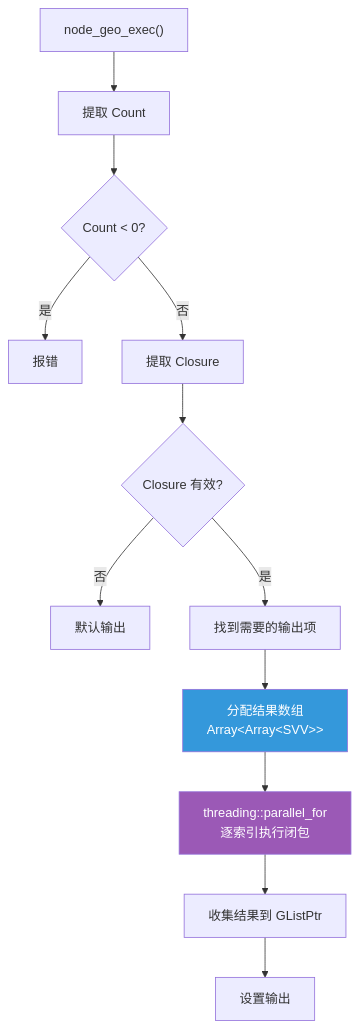
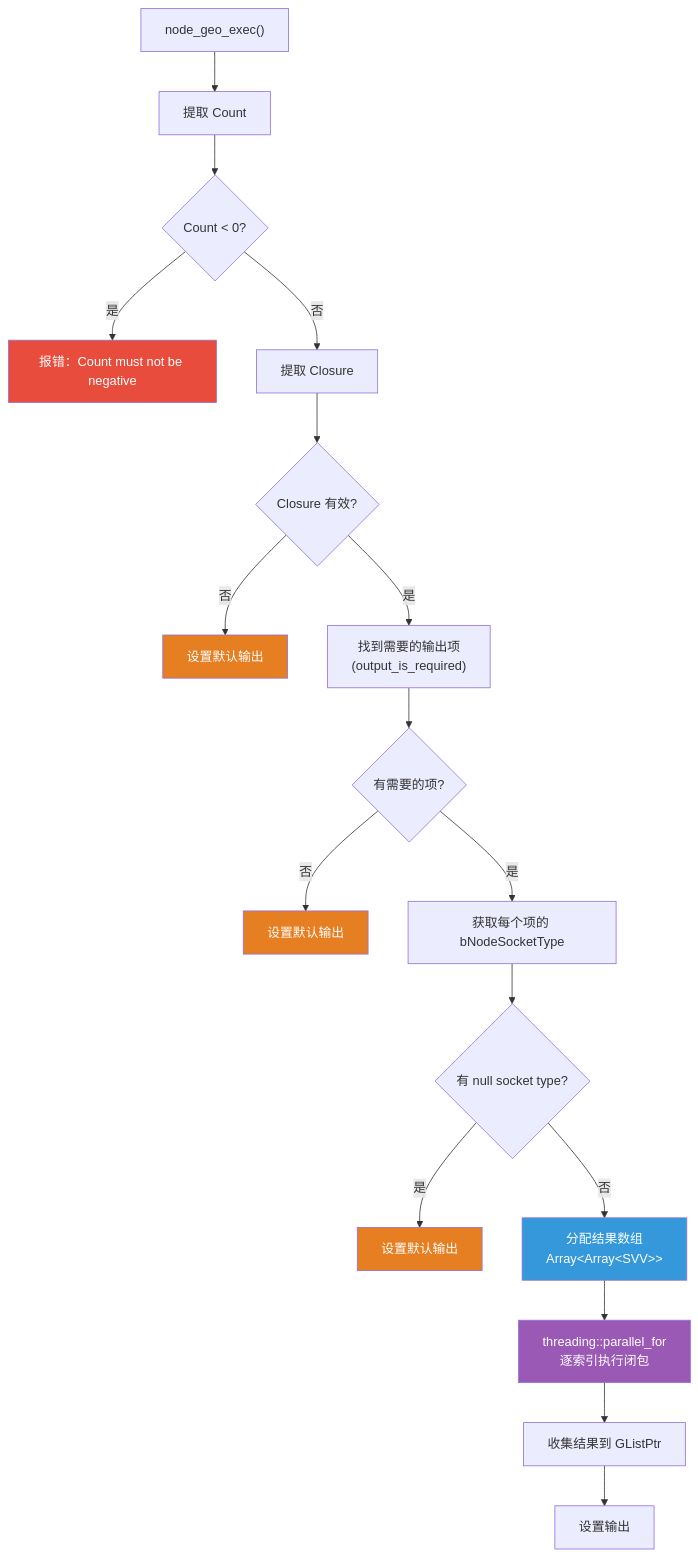
Before and after one commit to yunkezengren/blender-.vscode: diagram 11 of 34 in 杂/markdown/几何节点-列表/09-ClosureToList节点.md, drawn with Mermaid. The commit also changed other lines of this file and 13 other files, not shown here.

````diff
--- a/杂/markdown/几何节点-列表/09-ClosureToList节点.md
+++ b/杂/markdown/几何节点-列表/09-ClosureToList节点.md
@@ -170,17 +646,26 @@
 ```mermaid
 flowchart TD
     Start["node_geo_exec()"] --> ExtractCount["提取 Count"]
     ExtractCount --> CheckCount{"Count < 0?"}
-    CheckCount -->|"是"| Error["报错"]
+    CheckCount -->|"是"| Error["报错：Count must not be negative"]
     CheckCount -->|"否"| ExtractClosure["提取 Closure"]
     ExtractClosure --> CheckClosure{"Closure 有效?"}
-    CheckClosure -->|"否"| Default["默认输出"]
-    CheckClosure -->|"是"| FindRequired["找到需要的输出项"]
-    FindRequired --> AllocResults["分配结果数组<br/>Array&lt;Array&lt;SVV&gt;&gt;"]
+    CheckClosure -->|"否"| Default["设置默认输出"]
+    CheckClosure -->|"是"| FindRequired["找到需要的输出项<br/>(output_is_required)"]
+    FindRequired --> CheckRequired{"有需要的项?"}
+    CheckRequired -->|"否"| Default3["设置默认输出"]
+    CheckRequired -->|"是"| GetSocketTypes["获取每个项的 bNodeSocketType"]
+    GetSocketTypes --> CheckNull{"有 null socket type?"}
+    CheckNull -->|"是"| Default2["设置默认输出"]
+    CheckNull -->|"否"| AllocResults["分配结果数组<br/>Array&lt;Array&lt;SVV&gt;&gt;"]
     AllocResults --> ParallelEval["threading::parallel_for<br/>逐索引执行闭包"]
     ParallelEval --> CollectResults["收集结果到 GListPtr"]
     CollectResults --> SetOutputs["设置输出"]
 
     style ParallelEval fill:#9b59b6,color:#fff
     style AllocResults fill:#3498db,color:#fff
+    style Error fill:#e74c3c,color:#fff
+    style Default fill:#e67e22,color:#fff
+    style Default2 fill:#e67e22,color:#fff
+    style Default3 fill:#e67e22,color:#fff
 ```
````
